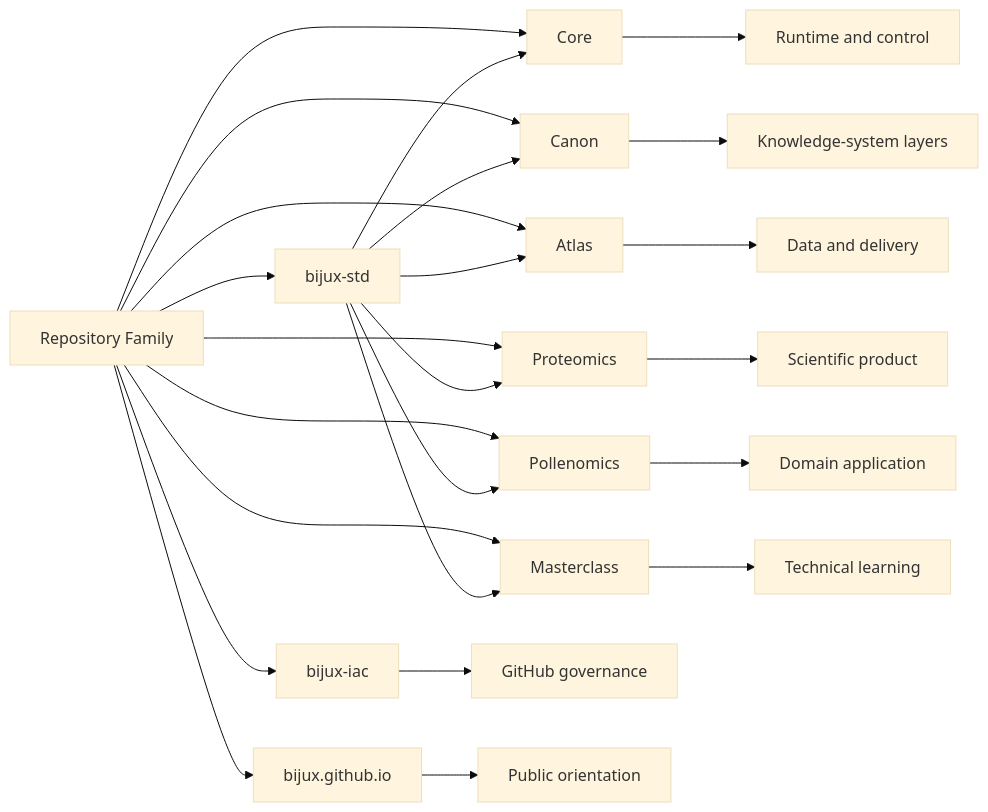
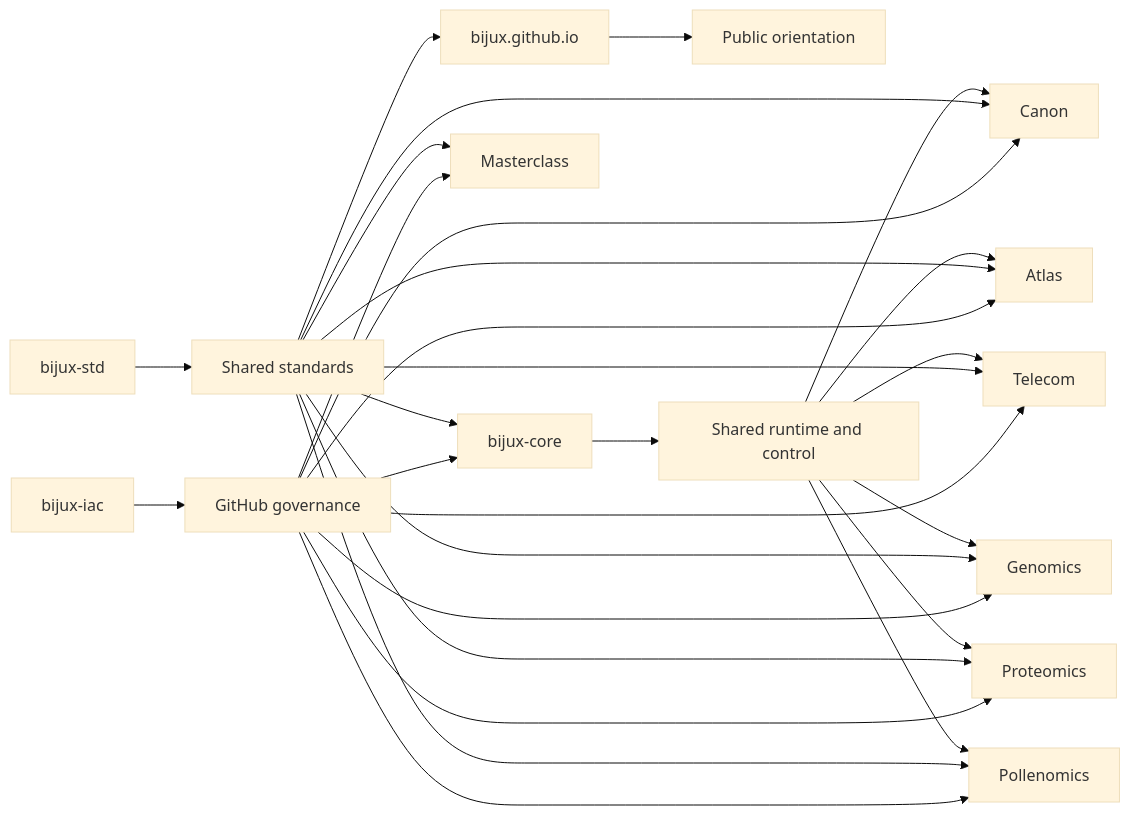
One commit to bijux/bijux.github.io changed the diagram in docs/01-platform/repository-matrix/index.md. Above: the diagram before and after it, drawn with Mermaid (base theme). The commit also changed other lines of this file, not shown here.

Commit message:
docs(platform): align repository matrix with runtime backbone

````diff
--- a/docs/01-platform/repository-matrix/index.md
+++ b/docs/01-platform/repository-matrix/index.md
@@ -20,31 +20,33 @@
 ```mermaid
 graph LR
-    iac["bijux-iac"]
-    hub["bijux.github.io"]
-    std["bijux-std"]
-    family["Repository Family"] --> core["Core"]
-    family --> canon["Canon"]
-    family --> atlas["Atlas"]
-    family --> proteomics["Proteomics"]
-    family --> pollenomics["Pollenomics"]
-    family --> masterclass["Masterclass"]
-    family --> iac
-    family --> hub
-    family --> std
+    iac["bijux-iac"] --> governance["GitHub governance"]
+    std["bijux-std"] --> standards["Shared standards"]
+    hub["bijux.github.io"] --> orientation["Public orientation"]
+    core["bijux-core"] --> runtime["Shared runtime and control"]
 
-    iac --> governance["GitHub governance"]
-    hub --> orientation["Public orientation"]
-    core --> runtime["Runtime and control"]
-    canon --> knowledge["Knowledge-system layers"]
-    atlas --> delivery["Data and delivery"]
-    proteomics --> scientific["Scientific product"]
-    pollenomics --> domain["Domain application"]
-    masterclass --> learning["Technical learning"]
+    governance --> core
+    governance --> canon["Canon"]
+    governance --> atlas["Atlas"]
+    governance --> telecom["Telecom"]
+    governance --> genomics["Genomics"]
+    governance --> proteomics["Proteomics"]
+    governance --> pollenomics["Pollenomics"]
+    governance --> masterclass["Masterclass"]
 
-    std --> core
-    std --> canon
-    std --> atlas
-    std --> proteomics
-    std --> pollenomics
-    std --> masterclass
+    standards --> hub
+    standards --> core
+    standards --> canon
+    standards --> atlas
+    standards --> telecom
+    standards --> genomics
+    standards --> proteomics
+    standards --> pollenomics
+    standards --> masterclass
+
+    runtime --> canon
+    runtime --> atlas
+    runtime --> telecom
+    runtime --> genomics
+    runtime --> proteomics
+    runtime --> pollenomics
 ```
````
